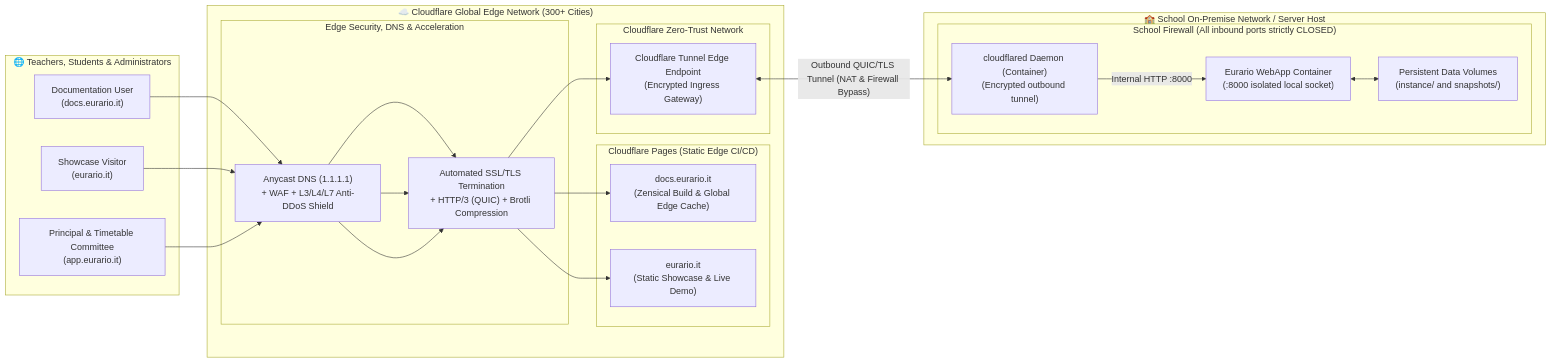
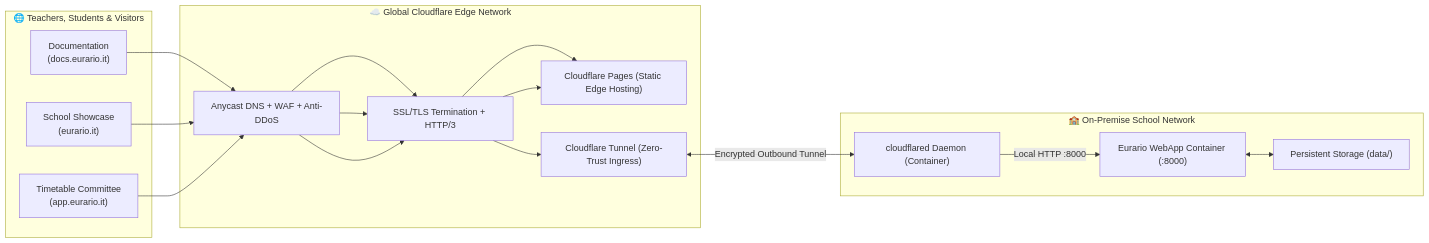
The fourth of 4 diagrams in docs/en/architecture.md (carlorigoni/eurario), drawn with Mermaid before and after one commit. The commit also changed other lines of this file and 13 other files, not shown here.

Commit message:
docs: align all documentation to ASD-STE100 standard (80% plain language)

````diff
--- a/docs/en/architecture.md
+++ b/docs/en/architecture.md
@@ -271,37 +243,28 @@
 ```mermaid
 flowchart LR
-    subgraph InternetUsers["🌐 Teachers, Students & Administrators"]
-        BrowserDocs["Documentation User\n(docs.eurario.it)"]
-        BrowserLanding["Showcase Visitor\n(eurario.it)"]
-        BrowserApp["Principal & Timetable Committee\n(app.eurario.it)"]
+    subgraph InternetUsers["🌐 Teachers, Students & Visitors"]
+        BrowserDocs["Documentation\n(docs.eurario.it)"]
+        BrowserLanding["School Showcase\n(eurario.it)"]
+        BrowserApp["Timetable Committee\n(app.eurario.it)"]
     end
 
-    subgraph CloudflareGlobal["☁️ Cloudflare Global Edge Network (300+ Cities)"]
-        subgraph CFEnhancements["Edge Security, DNS & Acceleration"]
-            EdgeDNS["Anycast DNS (1.1.1.1)\n+ WAF + L3/L4/L7 Anti-DDoS Shield"]
-            EdgeTLS["Automated SSL/TLS Termination\n+ HTTP/3 (QUIC) + Brotli Compression"]
-        end
-        subgraph CFPages["Cloudflare Pages (Static Edge CI/CD)"]
-            EdgeDocs["docs.eurario.it\n(Zensical Build & Global Edge Cache)"]
-            EdgeLanding["eurario.it\n(Static Showcase & Live Demo)"]
-        end
-        subgraph CFTunnel["Cloudflare Zero-Trust Network"]
-            EdgeTunnelEndpoint["Cloudflare Tunnel Edge Endpoint\n(Encrypted Ingress Gateway)"]
-        end
+    subgraph CloudflareGlobal["☁️ Global Cloudflare Edge Network"]
+        EdgeDNS["Anycast DNS + WAF + Anti-DDoS"]
+        EdgeTLS["SSL/TLS Termination + HTTP/3"]
+        CFPages["Cloudflare Pages (Static Edge Hosting)"]
+        CFTunnel["Cloudflare Tunnel (Zero-Trust Ingress)"]
     end
 
-    subgraph SchoolInfrastructure["🏫 School On-Premise Network / Server Host"]
-        subgraph LocalFirewall["School Firewall (All inbound ports strictly CLOSED)"]
-            Cloudflared["cloudflared Daemon (Container)\n(Encrypted outbound tunnel)"]
-            EurarioContainer["Eurario WebApp Container\n(:8000 isolated local socket)"]
-            SchoolData["Persistent Data Volumes\n(instance/ and snapshots/)"]
-        end
+    subgraph SchoolInfrastructure["🏫 On-Premise School Network"]
+        Cloudflared["cloudflared Daemon (Container)"]
+        EurarioContainer["Eurario WebApp Container (:8000)"]
+        SchoolData["Persistent Storage (data/)"]
     end
 
-    BrowserDocs --> EdgeDNS --> EdgeTLS --> EdgeDocs
-    BrowserLanding --> EdgeDNS --> EdgeTLS --> EdgeLanding
-    BrowserApp --> EdgeDNS --> EdgeTLS --> EdgeTunnelEndpoint
-    EdgeTunnelEndpoint <-->|"Outbound QUIC/TLS Tunnel (NAT & Firewall Bypass)"| Cloudflared
-    Cloudflared -->|"Internal HTTP :8000"| EurarioContainer
+    BrowserDocs --> EdgeDNS --> EdgeTLS --> CFPages
+    BrowserLanding --> EdgeDNS --> EdgeTLS --> CFPages
+    BrowserApp --> EdgeDNS --> EdgeTLS --> CFTunnel
+    CFTunnel <-->|"Encrypted Outbound Tunnel"| Cloudflared
+    Cloudflared -->|"Local HTTP :8000"| EurarioContainer
     EurarioContainer <--> SchoolData
 ```
````
